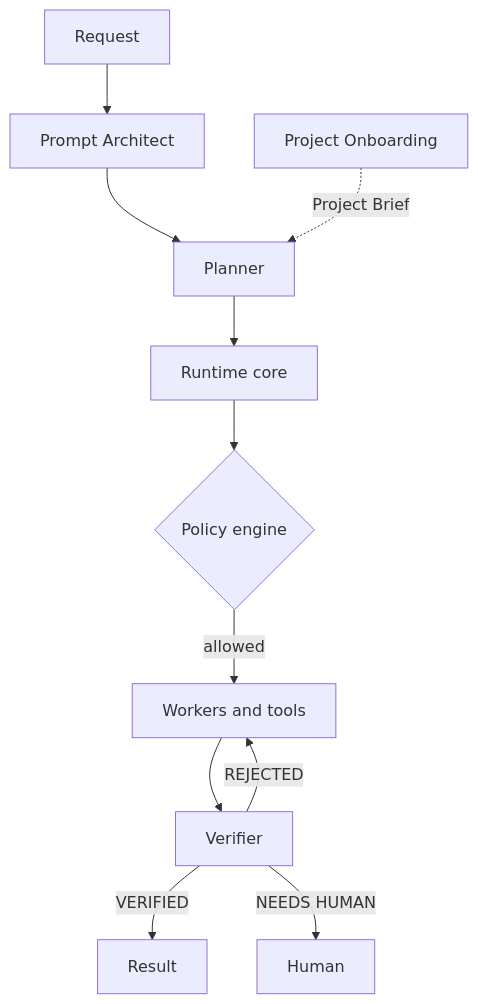
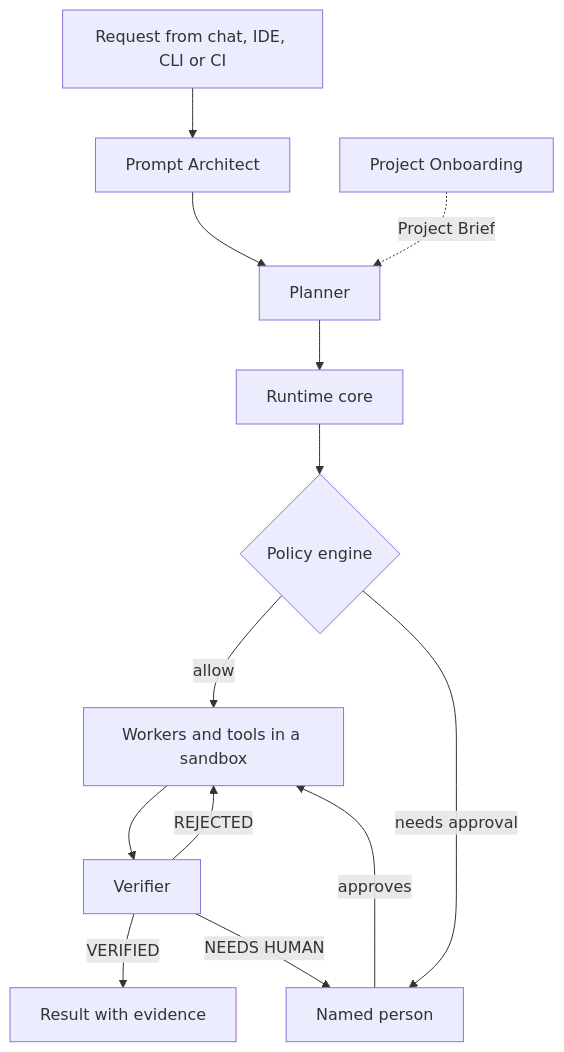
One commit to SatyamChouksey-88/local-agentic-ai-platform changed the first of 5 diagrams in README.md. Above: the diagram before and after it, drawn with Mermaid. The commit also changed other lines of this file and 7 other files, not shown here.

````diff
--- a/README.md
+++ b/README.md
@@ -42,15 +87,17 @@
 ```mermaid
 flowchart TD
   accTitle: Agent Runtime architecture
-  accDescr: A request passes through the Prompt Architect and the Planner to the runtime core. Every tool call is checked by the policy engine. The Verifier accepts, rejects or escalates each result. Project Onboarding gives the Planner a Project Brief.
-  REQ["Request"] --> PA["Prompt Architect"]
+  accDescr: A request from chat, an IDE, the CLI or CI passes through the Prompt Architect and the Planner to the runtime core. Project Onboarding gives the Planner a Project Brief. Every tool call is checked by the policy engine; allowed calls run in a sandbox, and calls that need approval go to a named person first. The Verifier accepts, rejects or hands each result to a person.
+  REQ["Request from chat, IDE, CLI or CI"] --> PA["Prompt Architect"]
   PA --> PL["Planner"]
   PO["Project Onboarding"] -. "Project Brief" .-> PL
   PL --> RC["Runtime core"]
   RC --> PE{"Policy engine"}
-  PE -- "allowed" --> W["Workers and tools"]
+  PE -- "allow" --> W["Workers and tools in a sandbox"]
+  PE -- "needs approval" --> H["Named person"]
+  H -- "approves" --> W
   W --> V["Verifier"]
-  V -- "VERIFIED" --> RES["Result"]
+  V -- "VERIFIED" --> RES["Result with evidence"]
   V -- "REJECTED" --> W
-  V -- "NEEDS HUMAN" --> H["Human"]
+  V -- "NEEDS HUMAN" --> H
 ```
````
